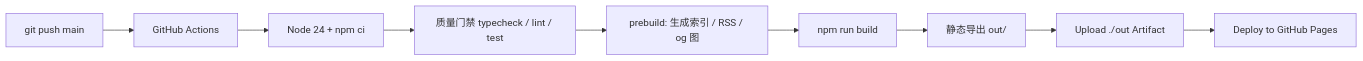
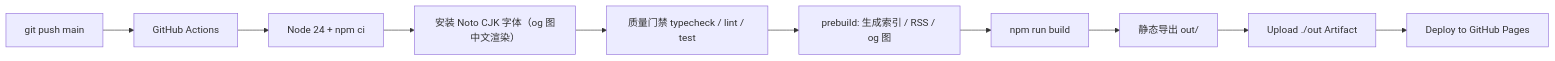
One commit to SanshuiBot/sanshui-blog changed the diagram in README.md. Above: the diagram before and after it, drawn with Mermaid. The commit also changed other lines of this file and 3 other files, not shown here.

````diff
--- a/README.md
+++ b/README.md
@@ -358,11 +366,12 @@
 ```mermaid
 graph LR
   A["git push main"] --> B["GitHub Actions"]
   B --> C["Node 24 + npm ci"]
-  C --> C1["质量门禁 typecheck / lint / test"]
+  C --> C0["安装 Noto CJK 字体（og 图中文渲染）"]
+  C0 --> C1["质量门禁 typecheck / lint / test"]
   C1 --> D["prebuild: 生成索引 / RSS / og 图"]
   D --> E["npm run build"]
   E --> F["静态导出 out/"]
   F --> H["Upload ./out Artifact"]
   H --> I["Deploy to GitHub Pages"]
 ```
````
